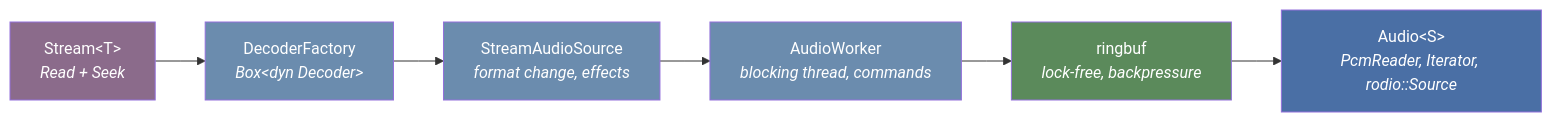
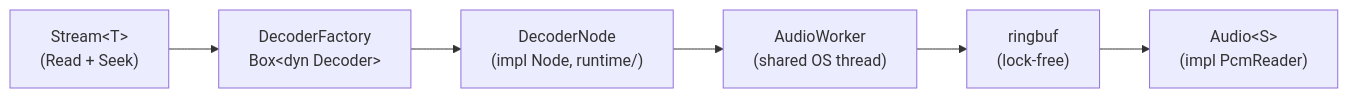
The second of 2 diagrams in crates/kithara-audio/README.md (zvuk/kithara), drawn with Mermaid before and after one commit. The commit also changed other lines of this file and 805 other files, not shown here.

````diff
--- a/crates/kithara-audio/README.md
+++ b/crates/kithara-audio/README.md
@@ -106,19 +78,11 @@
 ```mermaid
-%%{init: {"flowchart": {"curve": "linear"}} }%%
 flowchart LR
-    ST["Stream&lt;T&gt;<br/><i>Read + Seek</i>"]
-    DF["DecoderFactory<br/><i>Box&lt;dyn Decoder&gt;</i>"]
-    SAS["StreamAudioSource<br/><i>format change, effects</i>"]
-    AW["AudioWorker<br/><i>blocking thread, commands</i>"]
-    KC["ringbuf<br/><i>lock-free, backpressure</i>"]
-    A["Audio&lt;S&gt;<br/><i>PcmReader, Iterator, rodio::Source</i>"]
+    ST["Stream&lt;T&gt;<br/>(Read + Seek)"]
+    DF["DecoderFactory<br/>Box&lt;dyn Decoder&gt;"]
+    Node["DecoderNode<br/>(impl Node, runtime/)"]
+    AW["AudioWorker<br/>(shared OS thread)"]
+    Ring["ringbuf<br/>(lock-free)"]
+    A["Audio&lt;S&gt;<br/>(impl PcmReader)"]
 
-    ST --> DF --> SAS --> AW --> KC --> A
-
-    style ST fill:#8b6b8b,color:#fff
-    style DF fill:#6b8cae,color:#fff
-    style SAS fill:#6b8cae,color:#fff
-    style AW fill:#6b8cae,color:#fff
-    style KC fill:#5b8a5b,color:#fff
-    style A fill:#4a6fa5,color:#fff
+    ST --> DF --> Node --> AW --> Ring --> A
 ```
````
